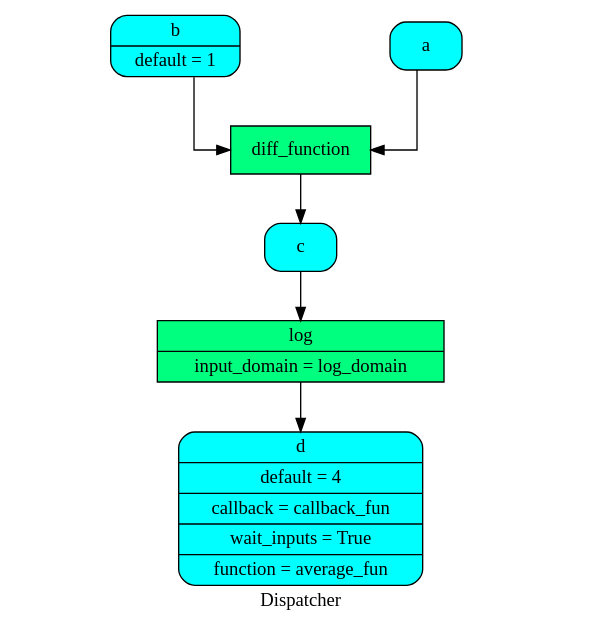
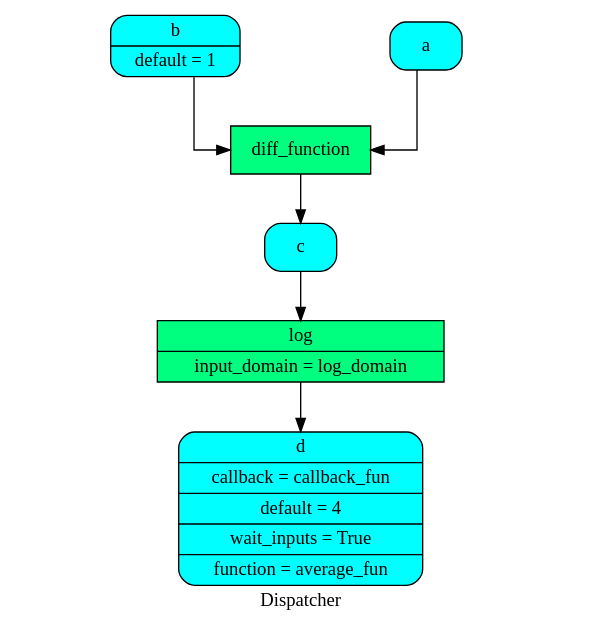
One commit to vinci1it2000/schedula changed the diagram in doc/source/dispatcher/__init__/Dispatcher/dsp.dot. Above: the diagram before and after it, drawn with Graphviz. The commit also changed 23 other files, not shown here.

```diff
--- a/doc/source/dispatcher/__init__/Dispatcher/dsp.dot
+++ b/doc/source/dispatcher/__init__/Dispatcher/dsp.dot
@@ -1,17 +1,17 @@
 digraph Dispatcher {
 	graph [ratio=1]
 	node [style=filled]
 	label = "Dispatcher"
 	splines = ortho
-		Dispatcher_362988721157183792 [label="{ diff_function  }" fillcolor=springgreen shape=record]
-		Dispatcher_7224607962633671560 [label="{ b | default = 1 }" fillcolor=cyan shape=Mrecord]
-		Dispatcher_757988770472853780 [label="{ log | input_domain = log_domain }" fillcolor=springgreen shape=record]
-		"Dispatcher_-1353340929889452664" [label="{ a  }" fillcolor=cyan shape=Mrecord]
-		Dispatcher_6900719114362863374 [label="{ c  }" fillcolor=cyan shape=Mrecord]
-		"Dispatcher_-5912537819166218321" [label="{ d | default = 4 | callback = callback_fun | wait_inputs = True | function = average_fun }" fillcolor=cyan shape=Mrecord]
-			Dispatcher_362988721157183792 -> Dispatcher_6900719114362863374
-			Dispatcher_7224607962633671560 -> Dispatcher_362988721157183792
-			Dispatcher_757988770472853780 -> "Dispatcher_-5912537819166218321"
-			"Dispatcher_-1353340929889452664" -> Dispatcher_362988721157183792
-			Dispatcher_6900719114362863374 -> Dispatcher_757988770472853780
+		Dispatcher_3634755706586891528 [label="{ b | default = 1 }" fillcolor=cyan shape=Mrecord]
+		"Dispatcher_-6038867426217595374" [label="{ d | callback = callback_fun | default = 4 | wait_inputs = True | function = average_fun }" fillcolor=cyan shape=Mrecord]
+		"Dispatcher_-338598454330322603" [label="{ log | input_domain = log_domain }" fillcolor=springgreen shape=record]
+		"Dispatcher_-6776210645888712586" [label="{ a  }" fillcolor=cyan shape=Mrecord]
+		Dispatcher_7813220925901612792 [label="{ c  }" fillcolor=cyan shape=Mrecord]
+		Dispatcher_5843724239791031533 [label="{ diff_function  }" fillcolor=springgreen shape=record]
+			Dispatcher_3634755706586891528 -> Dispatcher_5843724239791031533
+			"Dispatcher_-338598454330322603" -> "Dispatcher_-6038867426217595374"
+			"Dispatcher_-6776210645888712586" -> Dispatcher_5843724239791031533
+			Dispatcher_7813220925901612792 -> "Dispatcher_-338598454330322603"
+			Dispatcher_5843724239791031533 -> Dispatcher_7813220925901612792
 }
```
